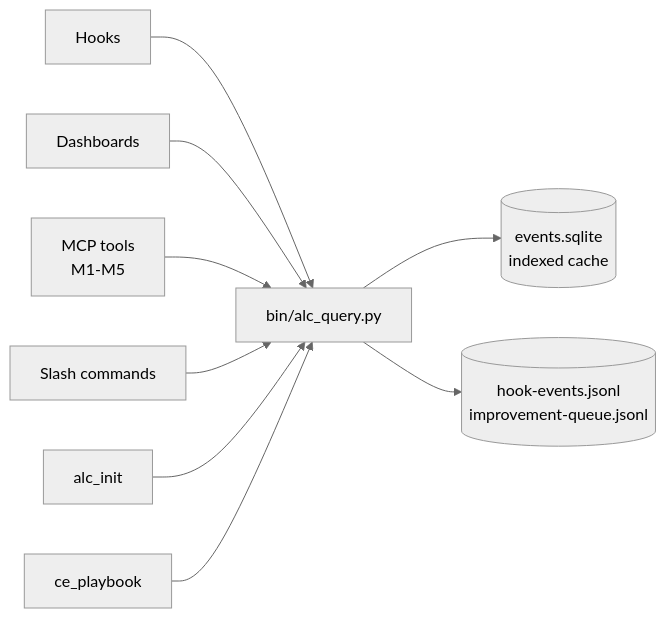
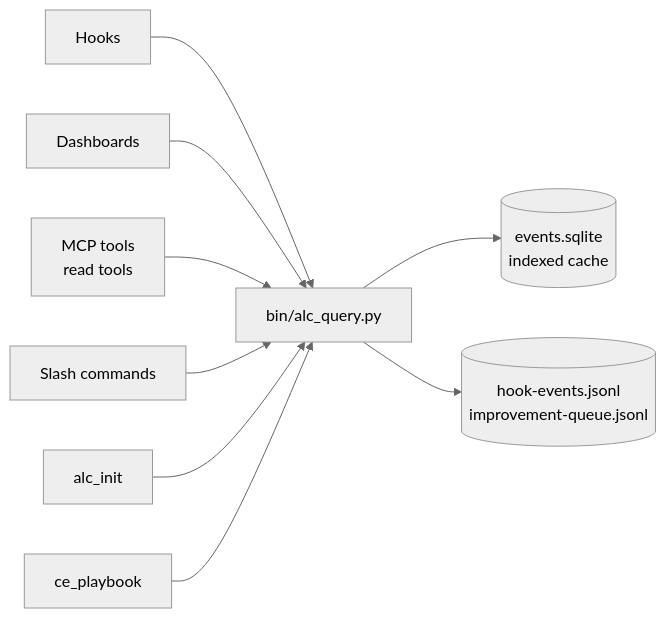
One commit to beeard/agent-learning-compounder changed the second of 2 diagrams in ARCHITECTURE.md. Above: the diagram before and after it, drawn with Mermaid (neutral theme). The commit also changed other lines of this file and 24 other files, not shown here.

````diff
--- a/ARCHITECTURE.md
+++ b/ARCHITECTURE.md
@@ -62,19 +62,19 @@
 ```mermaid
 flowchart LR
     H[Hooks]
     D[Dashboards]
-    M[MCP tools<br/>M1-M5]
+    M[MCP tools<br/>read tools]
     S[Slash commands]
     I[alc_init]
     P[ce_playbook]
 
     H --> Q[bin/alc_query.py]
     D --> Q
     M --> Q
     S --> Q
     I --> Q
     P --> Q
 
     Q --> SQL[(events.sqlite<br/>indexed cache)]
     Q --> JL[(hook-events.jsonl<br/>improvement-queue.jsonl)]
 ```
````
